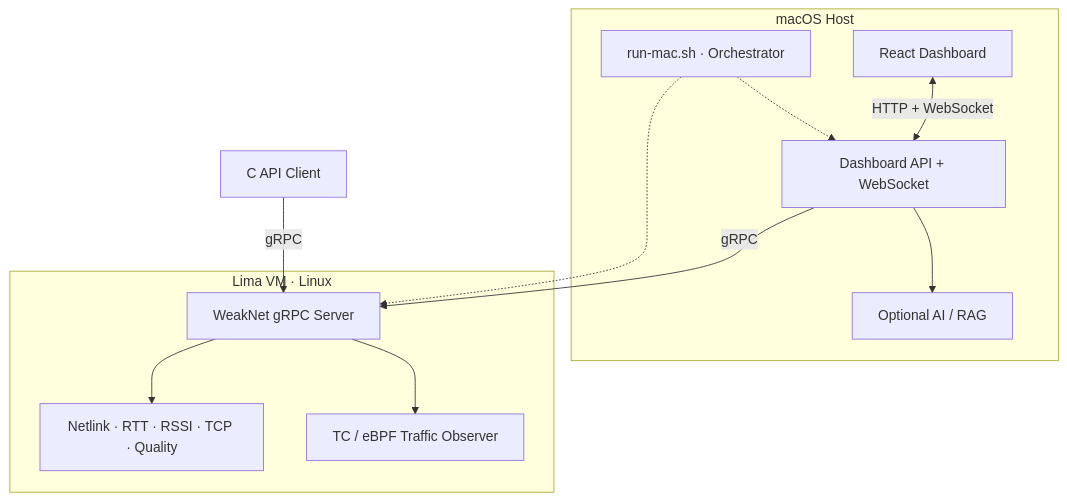
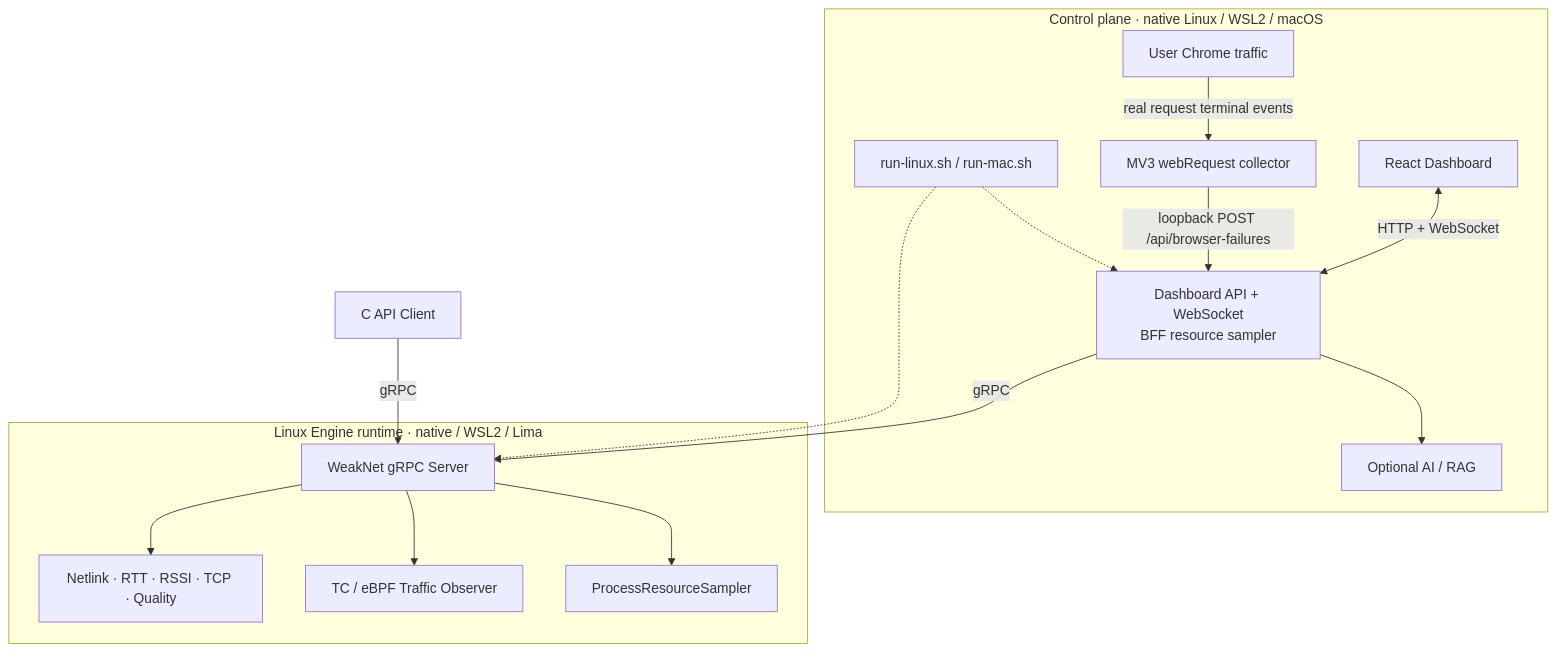
Before and after one commit to God1007/JaNet: the diagram in README.md, drawn with Mermaid. The commit also changed other lines of this file and 44 other files, not shown here.

Commit message:
Add Linux runner and runtime observability

````diff
--- a/README.md
+++ b/README.md
@@ -106,24 +183,30 @@
 ```mermaid
 flowchart TB
-    subgraph macOS["macOS Host"]
+    subgraph Control["Control plane · native Linux / WSL2 / macOS"]
         Browser["React Dashboard"]
-        BFF["Dashboard API + WebSocket"]
+        Chrome["User Chrome traffic"]
+        Extension["MV3 webRequest collector"]
+        BFF["Dashboard API + WebSocket\nBFF resource sampler"]
         RAG["Optional AI / RAG"]
-        Runner["run-mac.sh · Orchestrator"]
+        Runner["run-linux.sh / run-mac.sh"]
     end
 
-    subgraph Lima["Lima VM · Linux"]
+    subgraph Engine["Linux Engine runtime · native / WSL2 / Lima"]
         GRPC["WeakNet gRPC Server"]
         Monitors["Netlink · RTT · RSSI · TCP · Quality"]
         Traffic["TC / eBPF Traffic Observer"]
+        Resources["ProcessResourceSampler"]
     end
 
     Client["C API Client"] -->|gRPC| GRPC
     Browser <-->|HTTP + WebSocket| BFF
+    Chrome -->|real request terminal events| Extension
+    Extension -->|loopback POST /api/browser-failures| BFF
     BFF -->|gRPC| GRPC
     BFF --> RAG
     Runner -.-> BFF
     Runner -.-> GRPC
     GRPC --> Monitors
     GRPC --> Traffic
+    GRPC --> Resources
 ```
````
